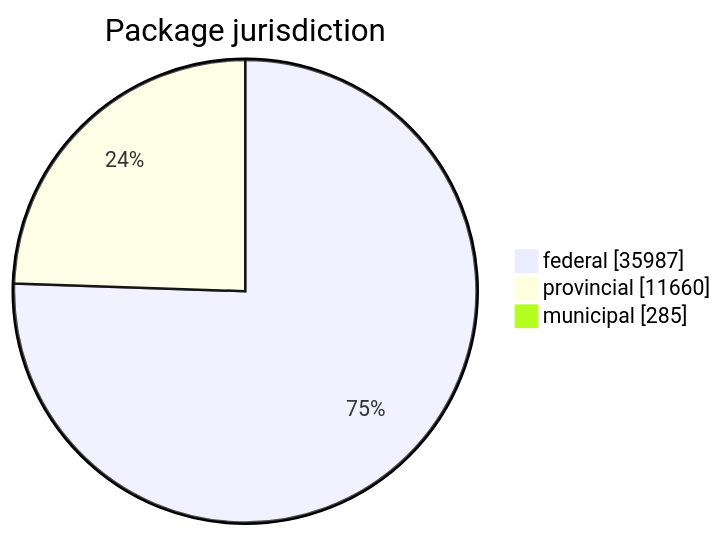
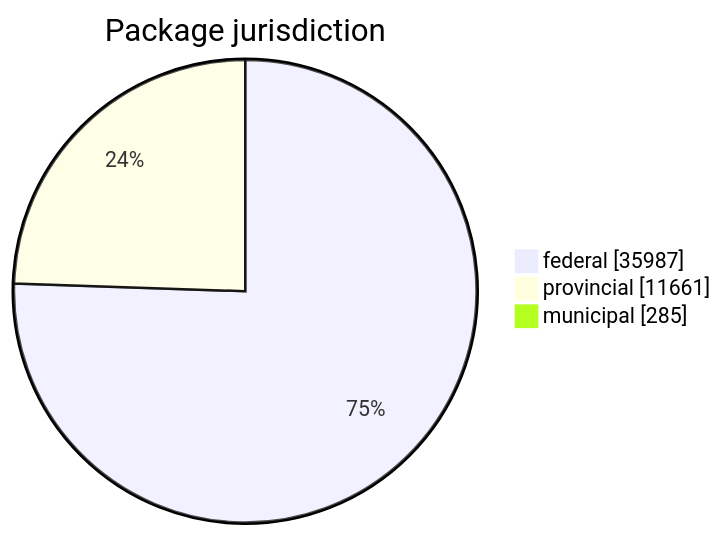
One commit to open-data/analytics-corporate-reporting changed the first of 5 diagrams in FreshCheck/README.md. Above: the diagram before and after it, drawn with Mermaid. The commit also changed other lines of this file and 3 other files, not shown here.

````diff
--- a/FreshCheck/README.md
+++ b/FreshCheck/README.md
@@ -60,6 +60,6 @@
 ```mermaid
 pie showData title Package jurisdiction
     "federal": 35987
-    "provincial": 11660
+    "provincial": 11661
     "municipal": 285
 ```
````
